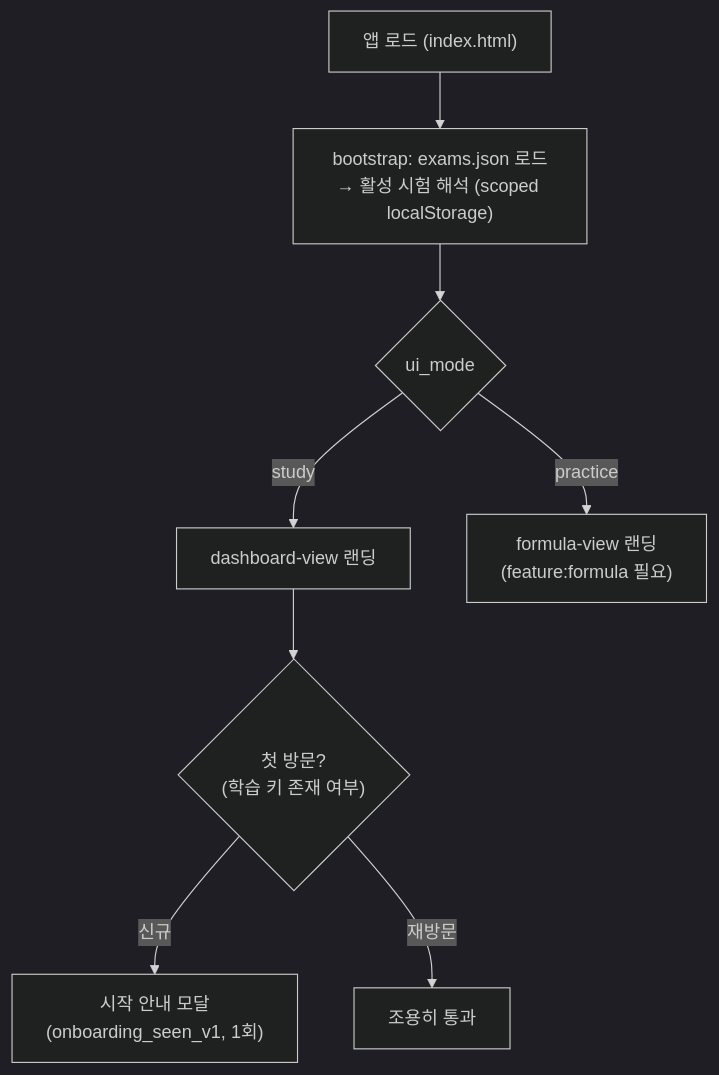
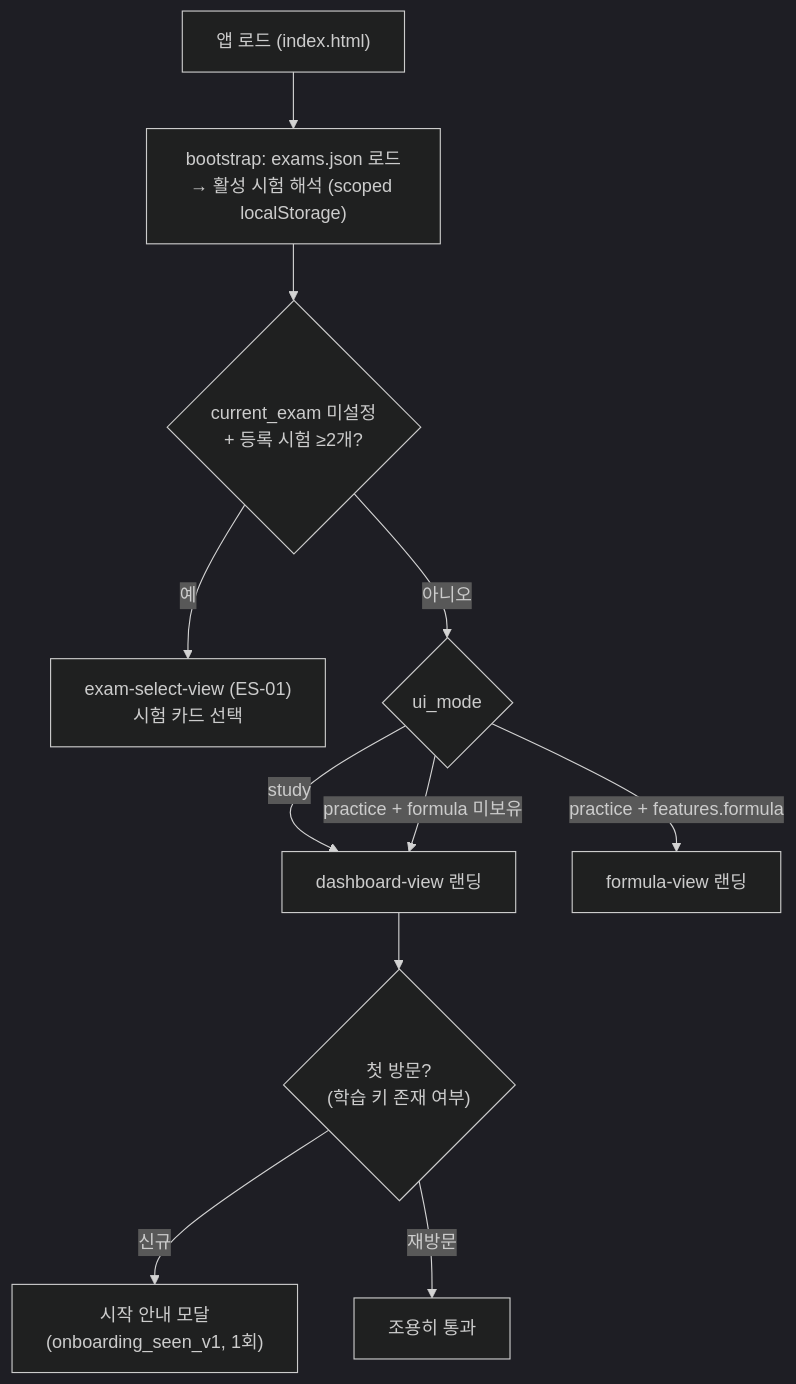
Before and after one commit to skygoldlee-cyber/Personalized_Skincare: the first of 8 diagrams in docs/dev/design/USER_FLOW.md, drawn with Mermaid (dark theme). The commit also changed other lines of this file and 6 other files, not shown here.

First line of the commit message:
fix(ui-mode): formula 미보유 시험에서 실무 모드를 study로 강제 간주 (UM-01)

````diff
--- a/docs/dev/design/USER_FLOW.md
+++ b/docs/dev/design/USER_FLOW.md
@@ -13,10 +13,13 @@
 ```mermaid
 flowchart TD
     A["앱 로드 (index.html)"] --> B["bootstrap: exams.json 로드<br/>→ 활성 시험 해석 (scoped localStorage)"]
-    B --> C{"ui_mode"}
-    C -->|"study"| D["dashboard-view 랜딩"]
-    C -->|"practice"| E["formula-view 랜딩<br/>(feature:formula 필요)"]
-    D --> F{"첫 방문?<br/>(학습 키 존재 여부)"}
-    F -->|"신규"| G["시작 안내 모달<br/>(onboarding_seen_v1, 1회)"]
-    F -->|"재방문"| H["조용히 통과"]
+    B --> C{"current_exam 미설정<br/>+ 등록 시험 ≥2개?"}
+    C -->|"예"| X["exam-select-view (ES-01)<br/>시험 카드 선택"]
+    C -->|"아니오"| D{"ui_mode"}
+    D -->|"study"| E["dashboard-view 랜딩"]
+    D -->|"practice + features.formula"| F["formula-view 랜딩"]
+    D -->|"practice + formula 미보유"| E
+    E --> G{"첫 방문?<br/>(학습 키 존재 여부)"}
+    G -->|"신규"| H["시작 안내 모달<br/>(onboarding_seen_v1, 1회)"]
+    G -->|"재방문"| I["조용히 통과"]
 ```
````
